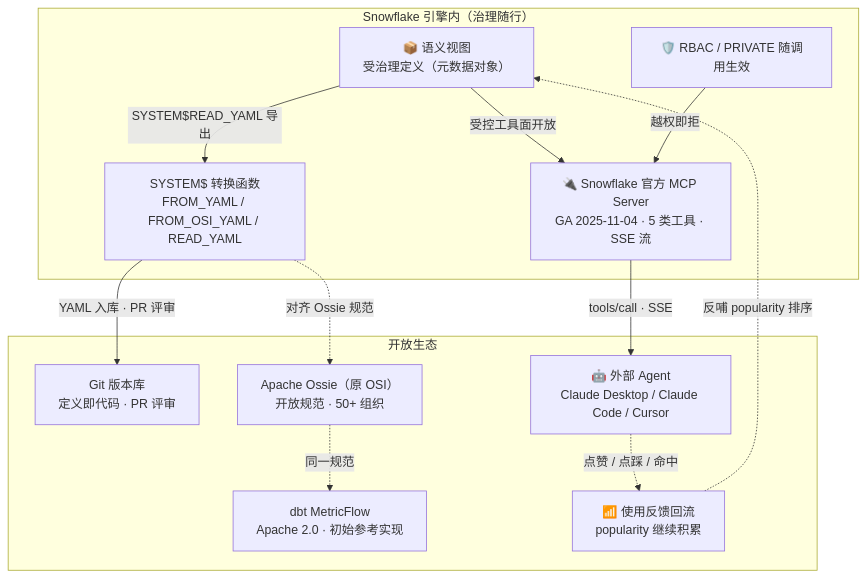
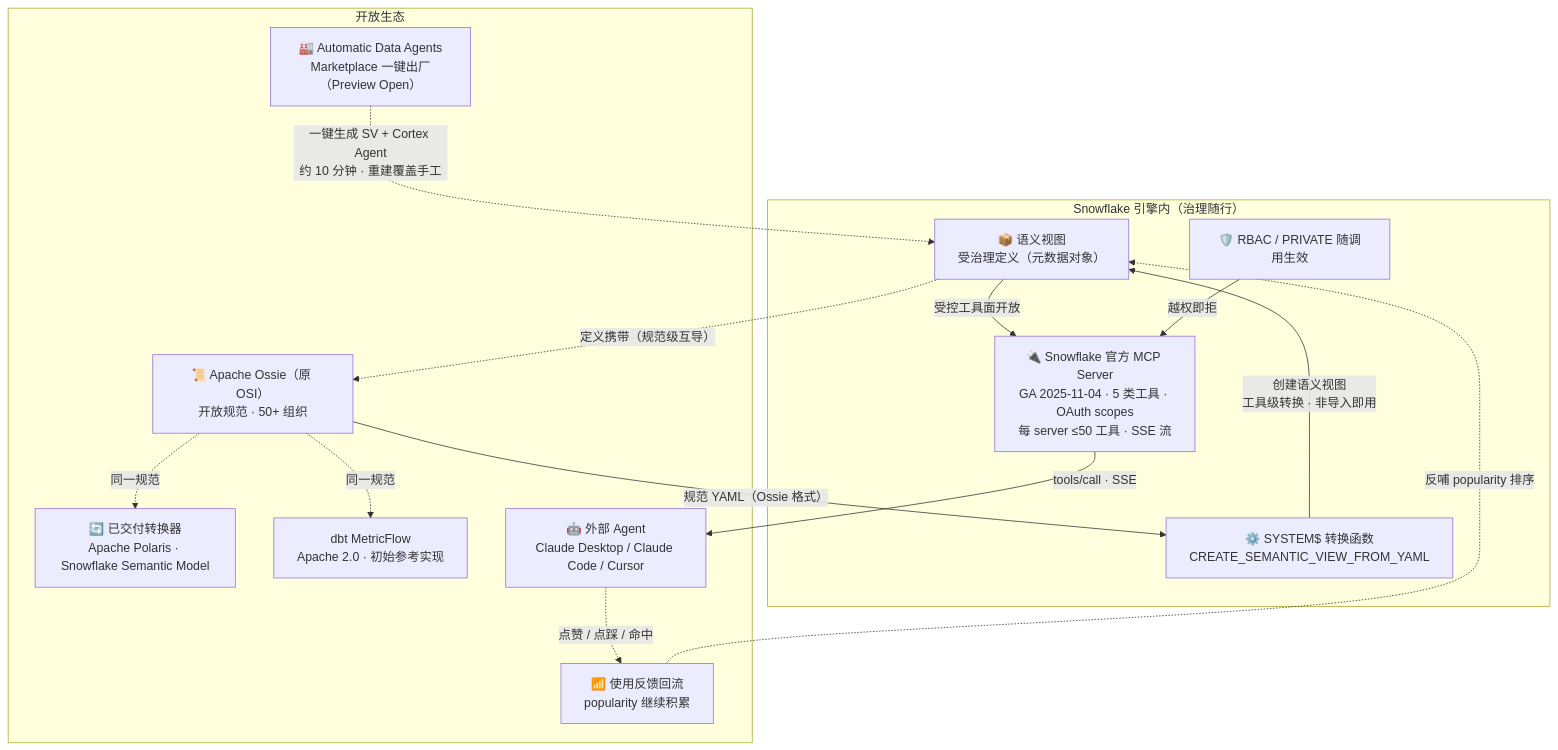
The diagram in docs/assets/mermaid/cognitive-context/horizon-context--open-interop.mmd (ThreeFish-AI/negentropy), drawn with Mermaid before and after one commit. The commit also changed 35 other files, not shown here.

```diff
--- a/docs/assets/mermaid/cognitive-context/horizon-context--open-interop.mmd
+++ b/docs/assets/mermaid/cognitive-context/horizon-context--open-interop.mmd
@@ -1,28 +1,32 @@
-%%source: docs/research/cognitive-context/011-horizon-context.md#blockM7 (L404-L459, §9 M7 · 开放互操作)
+%%source: docs/research/cognitive-context/011-horizon-context.md#blockM7 (L448-L470, §9 M7 · 开放互操作)
 %%slug: cognitive-context/horizon-context--open-interop
 %%type: architecture
 %%derived: archify architecture v1, authored from source mermaid
 %% fix: MCP 节点标签「官方 MCP Server」→「Snowflake 官方 MCP Server」，与 011 正文图注消歧同步（e6c23530）；其余节点逐字节保留
+%% fix: (2026-09-15 校准) ① SYS 三函数名（FROM_OSI_YAML / READ_YAML 等）正文与 git 历史零出处，收敛为正文唯一函数 SYSTEM$CREATE_SEMANTIC_VIEW_FROM_YAML，「导出」边改向为「Ossie YAML → 引擎内创建」（正文 L459 仅记载创建方向）；② 删「Git 版本库/定义即代码/PR 评审」节点（零出处），开放生态侧改列正文有据的已交付转换器（dbt MetricFlow · Apache Polaris · Snowflake Semantic Model）；③ MCP 节点补 OAuth scopes 与每 server ≤50 工具（正文图注明列）；④ 新增 Automatic Data Agents 生态分发面（正文 §9，Preview Open，约 10 分钟，重建覆盖手工）；⑤ %%source 行号随 0a6dd291 重构与本次 §2 插图更新为 L448-L470
 flowchart TB
     subgraph "Snowflake 引擎内（治理随行）"
         SV["📦 语义视图<br/>受治理定义（元数据对象）"]
-        SYS["SYSTEM$ 转换函数<br/>FROM_YAML / FROM_OSI_YAML / READ_YAML"]
-        MCP["🔌 Snowflake 官方 MCP Server<br/>GA 2025-11-04 · 5 类工具 · SSE 流"]
+        SYS["⚙️ SYSTEM$ 转换函数<br/>CREATE_SEMANTIC_VIEW_FROM_YAML"]
+        MCP["🔌 Snowflake 官方 MCP Server<br/>GA 2025-11-04 · 5 类工具 · OAuth scopes<br/>每 server ≤50 工具 · SSE 流"]
         RBX["🛡️ RBAC / PRIVATE 随调用生效"]
     end
     subgraph "开放生态"
-        GIT["Git 版本库<br/>定义即代码 · PR 评审"]
-        OSS["Apache Ossie（原 OSI）<br/>开放规范 · 50+ 组织"]
+        CONV["🔄 已交付转换器<br/>Apache Polaris · Snowflake Semantic Model"]
+        OSS["📜 Apache Ossie（原 OSI）<br/>开放规范 · 50+ 组织"]
+        ADA["🏭 Automatic Data Agents<br/>Marketplace 一键出厂（Preview Open）"]
         DBT["dbt MetricFlow<br/>Apache 2.0 · 初始参考实现"]
         EXT["🤖 外部 Agent<br/>Claude Desktop / Claude Code / Cursor"]
         FB["📶 使用反馈回流<br/>popularity 继续积累"]
     end
-    SV -->|"SYSTEM$READ_YAML 导出"| SYS
-    SYS -->|"YAML 入库 · PR 评审"| GIT
-    SYS -.->|"对齐 Ossie 规范"| OSS
+    OSS -->|"规范 YAML（Ossie 格式）"| SYS
+    SYS -->|"创建语义视图<br/>工具级转换 · 非导入即用"| SV
+    SV -.->|"定义携带（规范级互导）"| OSS
     OSS -.->|"同一规范"| DBT
+    OSS -.->|"同一规范"| CONV
+    ADA -.->|"一键生成 SV + Cortex Agent<br/>约 10 分钟 · 重建覆盖手工"| SV
     SV -->|"受控工具面开放"| MCP
     MCP -->|"tools/call · SSE"| EXT
     RBX -->|"越权即拒"| MCP
     EXT -.->|"点赞 / 点踩 / 命中"| FB
     FB -.->|"反哺 popularity 排序"| SV
```
